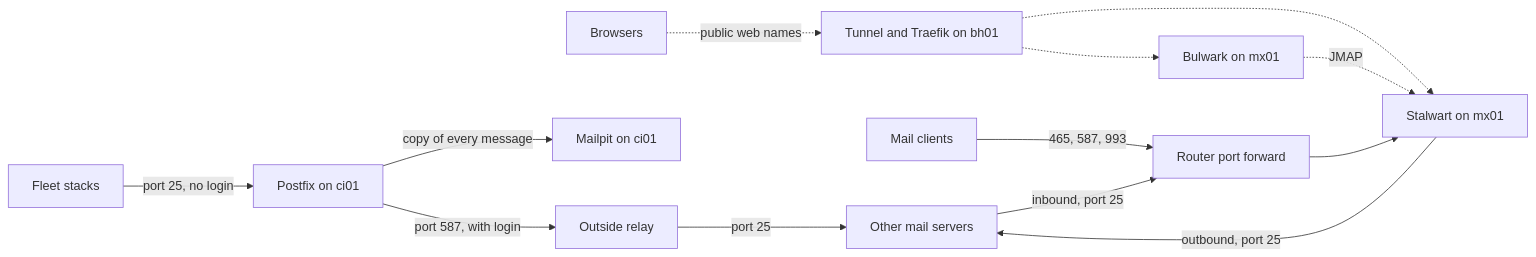
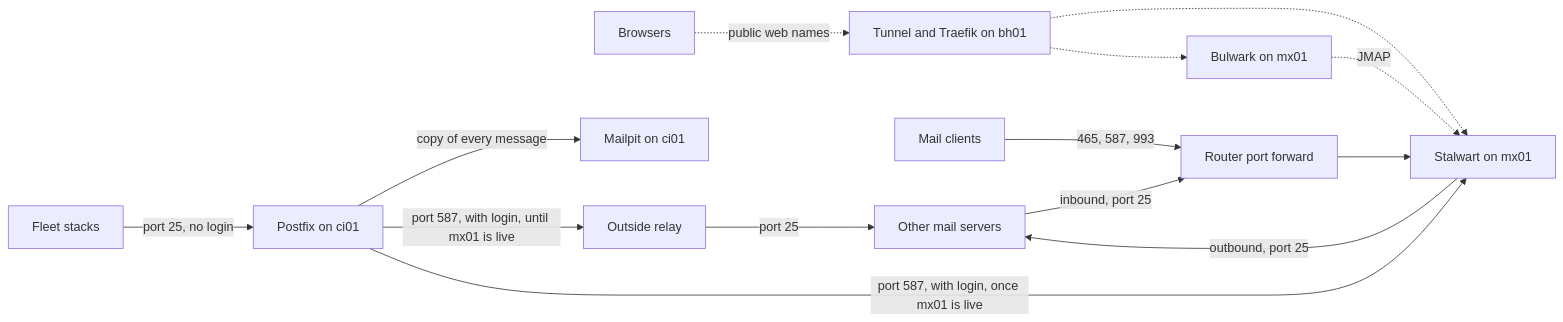
The diagram in content/tools/stalwart/index.md (myah-mitchell/docs), drawn with Mermaid before and after one commit. The commit also changed other lines of this file and 4 other files, not shown here.

First line of the commit message:
Relay service mail through Stalwart once mx01 is live

````diff
--- a/content/tools/stalwart/index.md
+++ b/content/tools/stalwart/index.md
@@ -157,27 +157,28 @@
 ```mermaid
 flowchart LR
   others[Other mail servers]
   client[Mail clients]
   browser[Browsers]
   router[Router port forward]
   bh01[Tunnel and Traefik on bh01]
   stalwart[Stalwart on mx01]
   bulwark[Bulwark on mx01]
   stacks[Fleet stacks]
   postfix[Postfix on ci01]
   mailpit[Mailpit on ci01]
   relay[Outside relay]
 
   others -->|inbound, port 25| router
   client -->|465, 587, 993| router
   router --> stalwart
   stalwart -->|outbound, port 25| others
   browser -.->|public web names| bh01
   bh01 -.-> stalwart
   bh01 -.-> bulwark
   bulwark -.->|JMAP| stalwart
   stacks -->|port 25, no login| postfix
   postfix -->|copy of every message| mailpit
-  postfix -->|port 587, with login| relay
+  postfix -->|port 587, with login, until mx01 is live| relay
+  postfix -->|port 587, with login, once mx01 is live| stalwart
   relay -->|port 25| others
 ```
````
